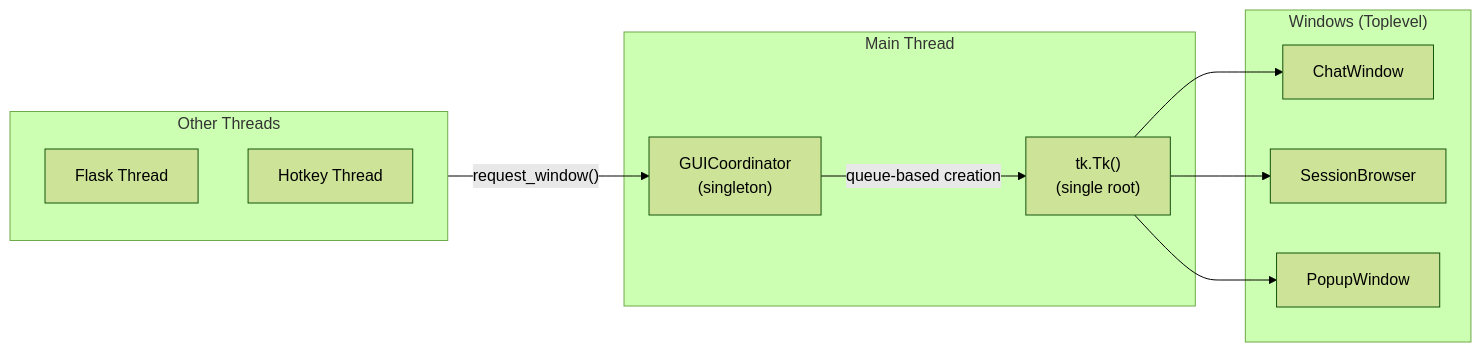
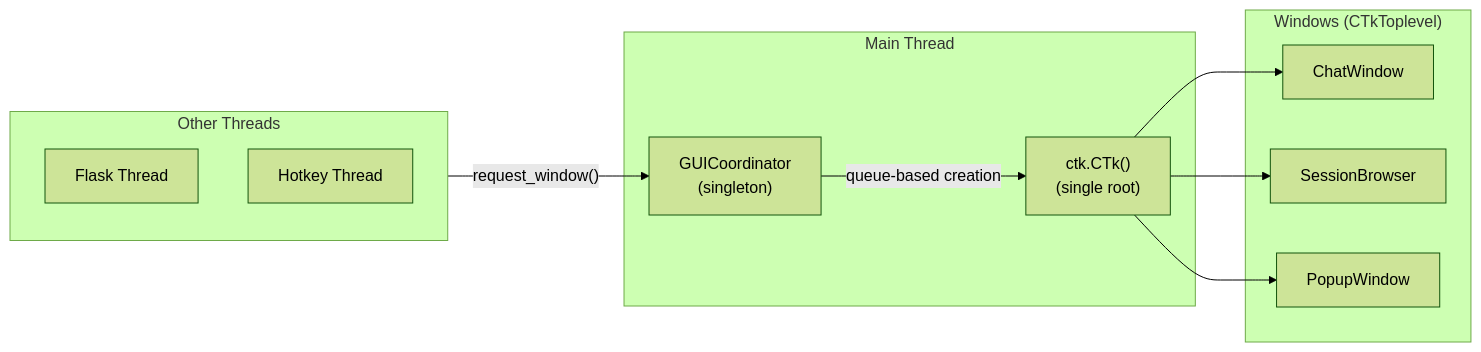
One commit to zaxx-q/AI-Bridge changed the second of 2 diagrams in docs/ARCHITECTURE.md. Above: the diagram before and after it, drawn with Mermaid (forest theme). The commit also changed other lines of this file and 4 other files, not shown here.

````diff
--- a/docs/ARCHITECTURE.md
+++ b/docs/ARCHITECTURE.md
@@ -98,24 +98,24 @@
 ```mermaid
 flowchart LR
     subgraph MainThread["Main Thread"]
         GC["GUICoordinator<br/>(singleton)"]
-        Root["tk.Tk()<br/>(single root)"]
+        Root["ctk.CTk()<br/>(single root)"]
     end
     
-    subgraph Windows["Windows (Toplevel)"]
+    subgraph Windows["Windows (CTkToplevel)"]
         Chat["ChatWindow"]
         Browser["SessionBrowser"]
         Popup["PopupWindow"]
     end
     
     subgraph OtherThreads["Other Threads"]
         Flask["Flask Thread"]
         Hotkey["Hotkey Thread"]
     end
     
     OtherThreads -->|"request_window()"| GC
     GC -->|"queue-based creation"| Root
     Root --> Chat
     Root --> Browser
     Root --> Popup
 ```
````
